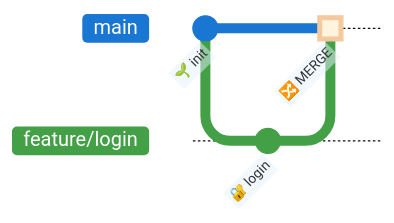
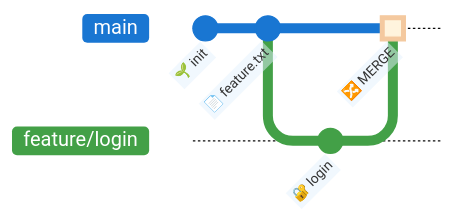
Before and after one commit to DaveFV91/GitCourse: the sixth of 6 diagrams in 02-exercises/02-branches/branches-walkthrough.md, drawn with Mermaid. The commit also changed other lines of this file and 1 other file, not shown here.

Commit message:
feat: update feature file and walkthrough for clarity and consistency

````diff
--- a/02-exercises/02-branches/branches-walkthrough.md
+++ b/02-exercises/02-branches/branches-walkthrough.md
@@ -221,9 +221,10 @@
 ```mermaid
 %%{init: {'theme': 'base', 'gitGraph': {'mainBranchName': 'main', 'showCommitLabel': true}, 'themeVariables': { 'git0': '#1976D2', 'git1': '#43A047', 'gitBranchLabel0': '#fff', 'gitBranchLabel1': '#fff', 'commitLabelColor': '#333', 'commitLabelBackground': '#E3F2FD', 'commitLabelFontSize': '11px'}}}%%
 gitGraph
     commit id: "🌱 init"
+    commit id: "📄 feature.txt"
     branch feature/login
     commit id: "🔐 login"
     checkout main
     merge feature/login id: "🔀 MERGE" type: HIGHLIGHT
 ```
````
